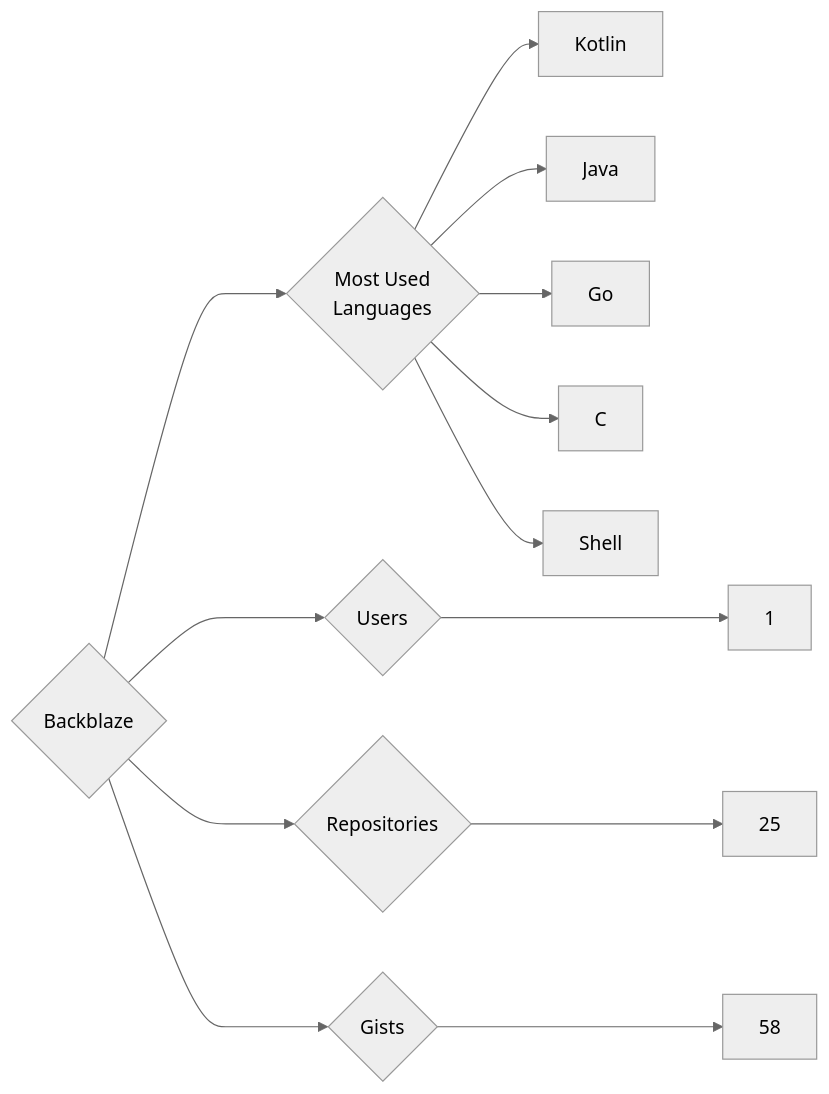
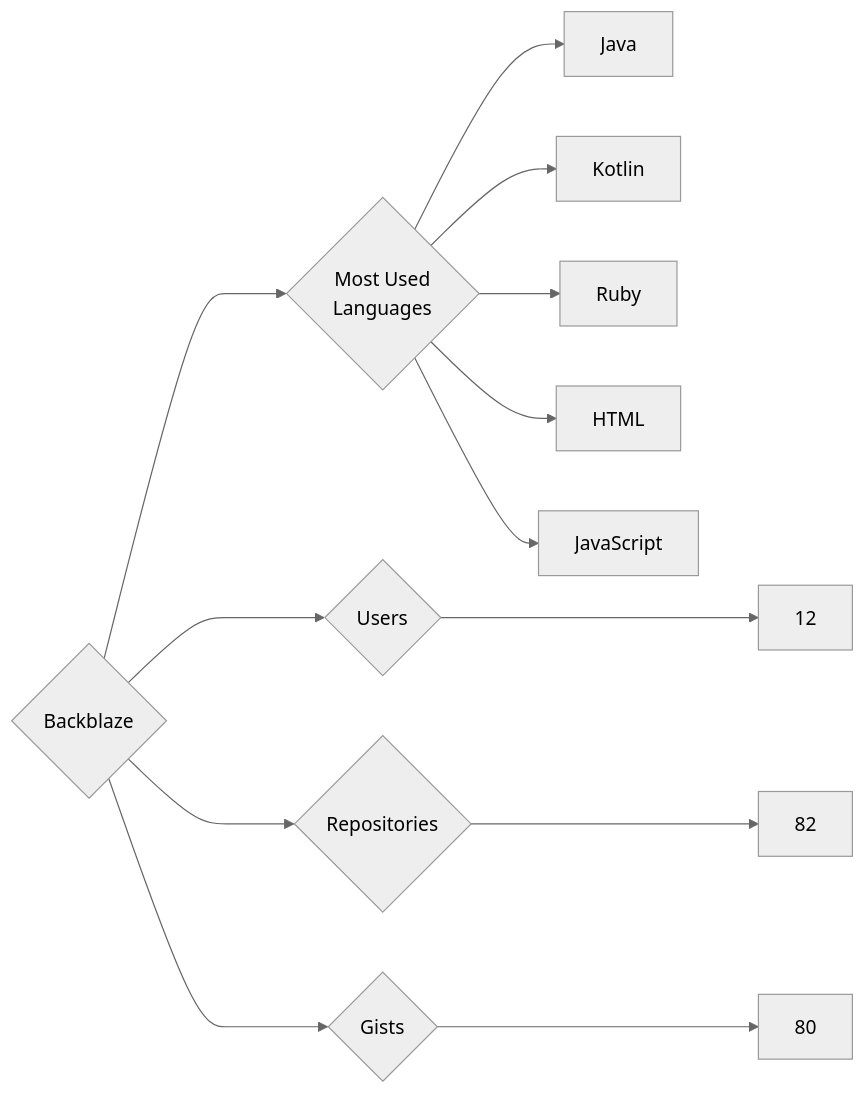
One commit to trickest/insiders changed the diagram in targets/Backblaze/README.md. Above: the diagram before and after it, drawn with Mermaid (neutral theme). The commit also changed 681 other files, not shown here.

````diff
--- a/targets/Backblaze/README.md
+++ b/targets/Backblaze/README.md
@@ -3,13 +3,13 @@
 ```mermaid
 graph LR
 COMPANY_NAME{Backblaze}
-COMPANY_NAME ---> U{Users} ---> UN[1]
-COMPANY_NAME ---> R{Repositories} ---> RN[25]
-COMPANY_NAME ---> G{Gists} ---> GN[58]
+COMPANY_NAME ---> U{Users} ---> UN[12]
+COMPANY_NAME ---> R{Repositories} ---> RN[82]
+COMPANY_NAME ---> G{Gists} ---> GN[80]
 COMPANY_NAME ---> ML{Most Used<br>Languages}
+ML --> Java[Java]
 ML --> Kotlin[Kotlin]
-ML --> Java[Java]
-ML --> Go[Go]
-ML --> C[C]
-ML --> Shell[Shell]
+ML --> Ruby[Ruby]
+ML --> HTML[HTML]
+ML --> JavaScript[JavaScript]
 ```
````
